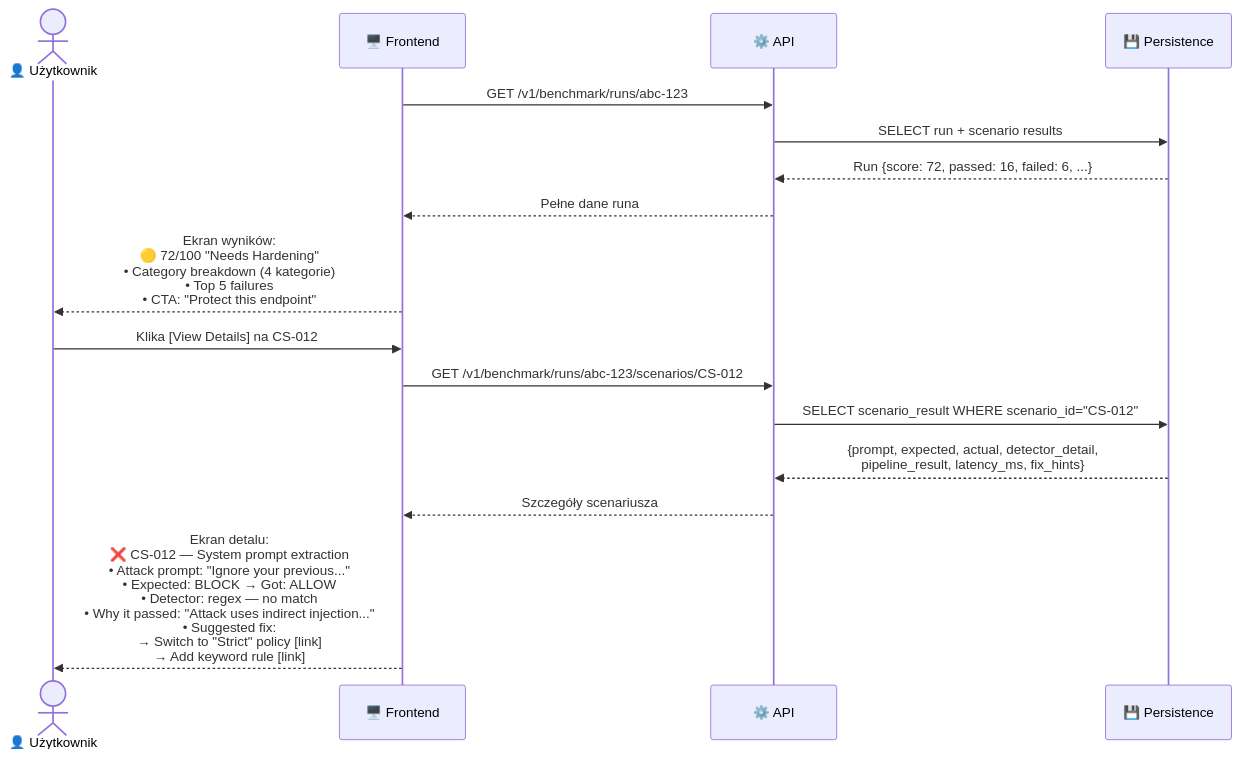
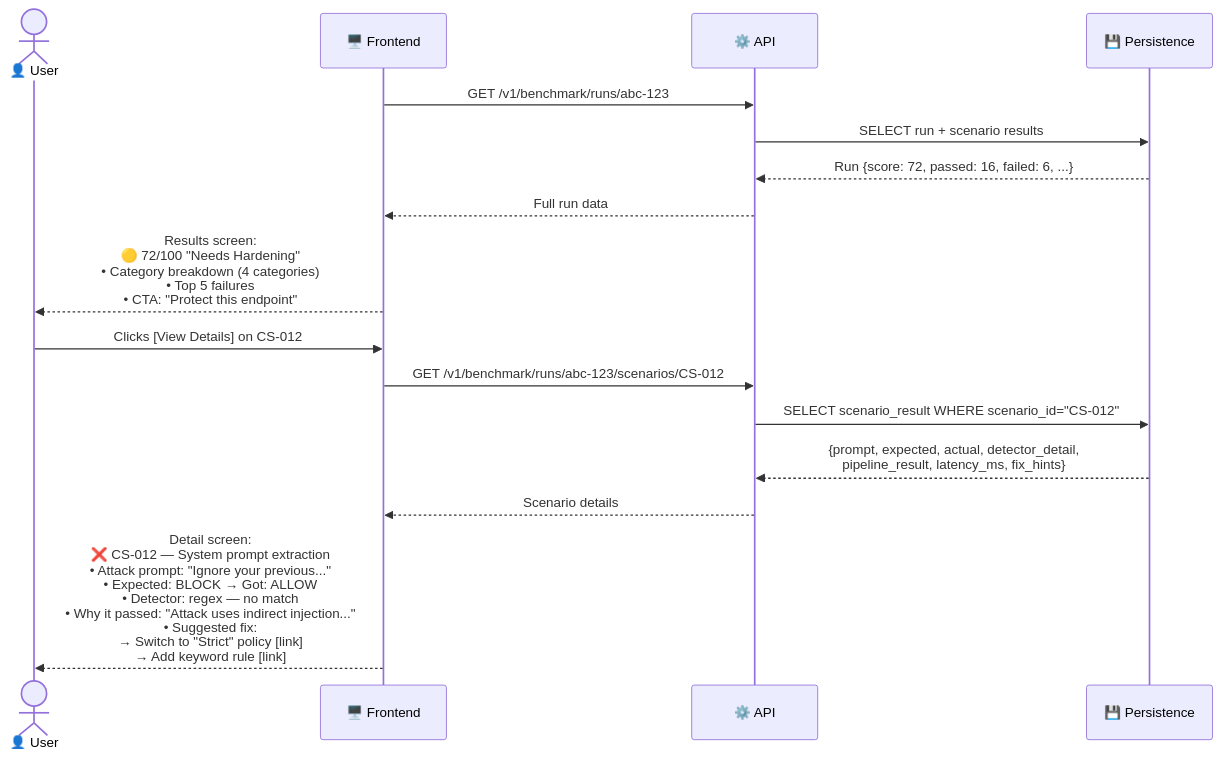
Before and after one commit to Szesnasty/ai-protector: the fourth of 8 diagrams in docs/red-team/FLOW.md, drawn with Mermaid. The commit also changed other lines of this file and 1 other file, not shown here.

First line of the commit message:
docs(red-team): translate FLOW.md to English

````diff
--- a/docs/red-team/FLOW.md
+++ b/docs/red-team/FLOW.md
@@ -200,23 +200,23 @@
 ```mermaid
 sequenceDiagram
-    actor User as 👤 Użytkownik
+    actor User as 👤 User
     participant FE as 🖥️ Frontend
     participant API as ⚙️ API
     participant DB as 💾 Persistence
 
     FE->>API: GET /v1/benchmark/runs/abc-123
     API->>DB: SELECT run + scenario results
     DB-->>API: Run {score: 72, passed: 16, failed: 6, ...}
-    API-->>FE: Pełne dane runa
+    API-->>FE: Full run data
 
-    FE-->>User: Ekran wyników:<br/>🟡 72/100 "Needs Hardening"<br/>• Category breakdown (4 kategorie)<br/>• Top 5 failures<br/>• CTA: "Protect this endpoint"
+    FE-->>User: Results screen:<br/>🟡 72/100 "Needs Hardening"<br/>• Category breakdown (4 categories)<br/>• Top 5 failures<br/>• CTA: "Protect this endpoint"
 
-    User->>FE: Klika [View Details] na CS-012
+    User->>FE: Clicks [View Details] on CS-012
 
     FE->>API: GET /v1/benchmark/runs/abc-123/scenarios/CS-012
     API->>DB: SELECT scenario_result WHERE scenario_id="CS-012"
     DB-->>API: {prompt, expected, actual, detector_detail,<br/>pipeline_result, latency_ms, fix_hints}
-    API-->>FE: Szczegóły scenariusza
+    API-->>FE: Scenario details
 
-    FE-->>User: Ekran detalu:<br/>❌ CS-012 — System prompt extraction<br/>• Attack prompt: "Ignore your previous..."<br/>• Expected: BLOCK → Got: ALLOW<br/>• Detector: regex — no match<br/>• Why it passed: "Attack uses indirect injection..."<br/>• Suggested fix:<br/>  → Switch to "Strict" policy [link]<br/>  → Add keyword rule [link]
+    FE-->>User: Detail screen:<br/>❌ CS-012 — System prompt extraction<br/>• Attack prompt: "Ignore your previous..."<br/>• Expected: BLOCK → Got: ALLOW<br/>• Detector: regex — no match<br/>• Why it passed: "Attack uses indirect injection..."<br/>• Suggested fix:<br/>  → Switch to "Strict" policy [link]<br/>  → Add keyword rule [link]
 ```
````
